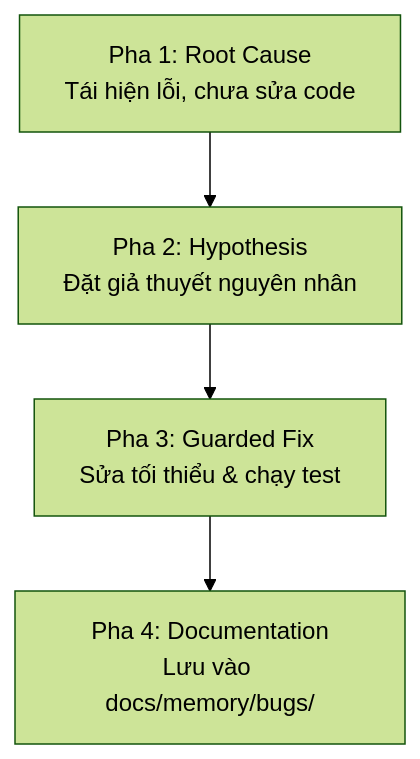
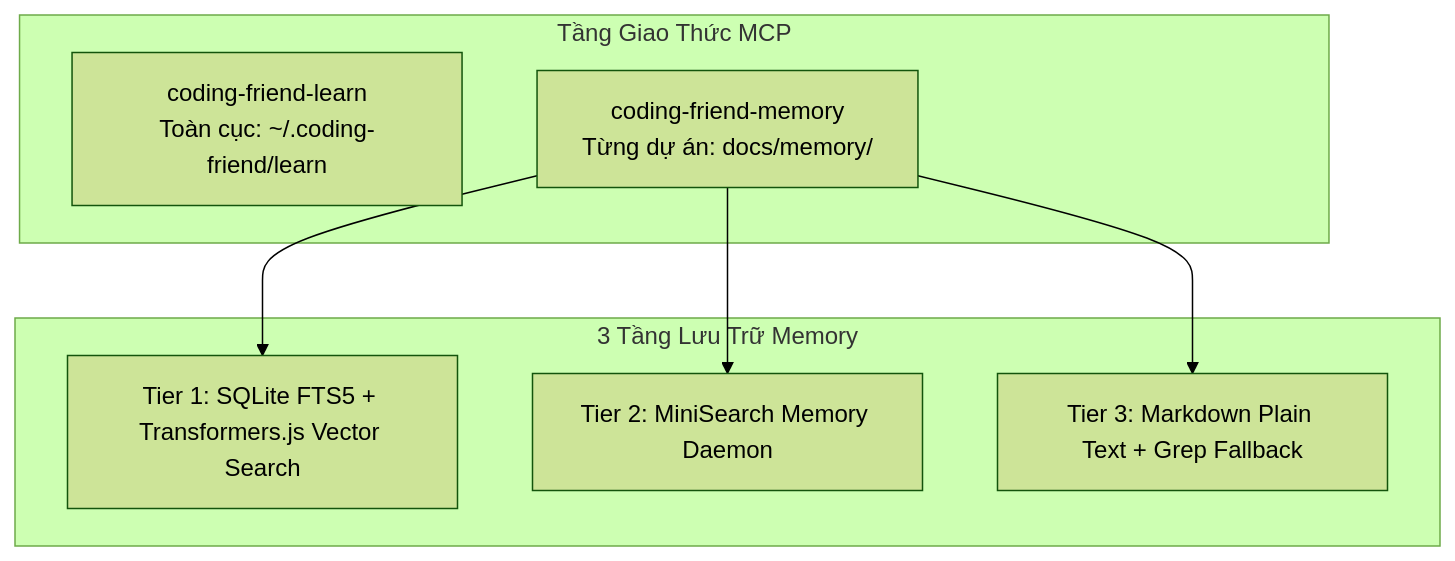
Before and after one commit to nguyengoctin/my_website: the third of 4 diagrams in content/posts/toan-tap-coding-friend-ai-engineering.md, drawn with Mermaid (forest theme). The commit also changed other lines of this file, not shown here.

Commit message:
docs: update content and refine formatting in coding friend AI engineering post

````diff
--- a/content/posts/toan-tap-coding-friend-ai-engineering.md
+++ b/content/posts/toan-tap-coding-friend-ai-engineering.md
@@ -123,6 +103,15 @@
 ```mermaid
 flowchart TD
-    P1["Pha 1: Root Cause<br/>Tái hiện lỗi, chưa sửa code"] --> P2["Pha 2: Hypothesis<br/>Đặt giả thuyết nguyên nhân"]
-    P2 --> P3["Pha 3: Guarded Fix<br/>Sửa tối thiểu & chạy test"]
-    P3 --> P4["Pha 4: Documentation<br/>Lưu vào docs/memory/bugs/"]
+    subgraph MCPLayer ["Tầng Giao Thức MCP"]
+        LearnMCP["coding-friend-learn<br/>Toàn cục: ~/.coding-friend/learn"]
+        MemoryMCP["coding-friend-memory<br/>Từng dự án: docs/memory/"]
+    end
+    subgraph StorageTiers ["3 Tầng Lưu Trữ Memory"]
+        T1["Tier 1: SQLite FTS5 + Transformers.js Vector Search"]
+        T2["Tier 2: MiniSearch Memory Daemon"]
+        T3["Tier 3: Markdown Plain Text + Grep Fallback"]
+    end
+    MemoryMCP --> T1
+    MemoryMCP --> T2
+    MemoryMCP --> T3
 ```
````
